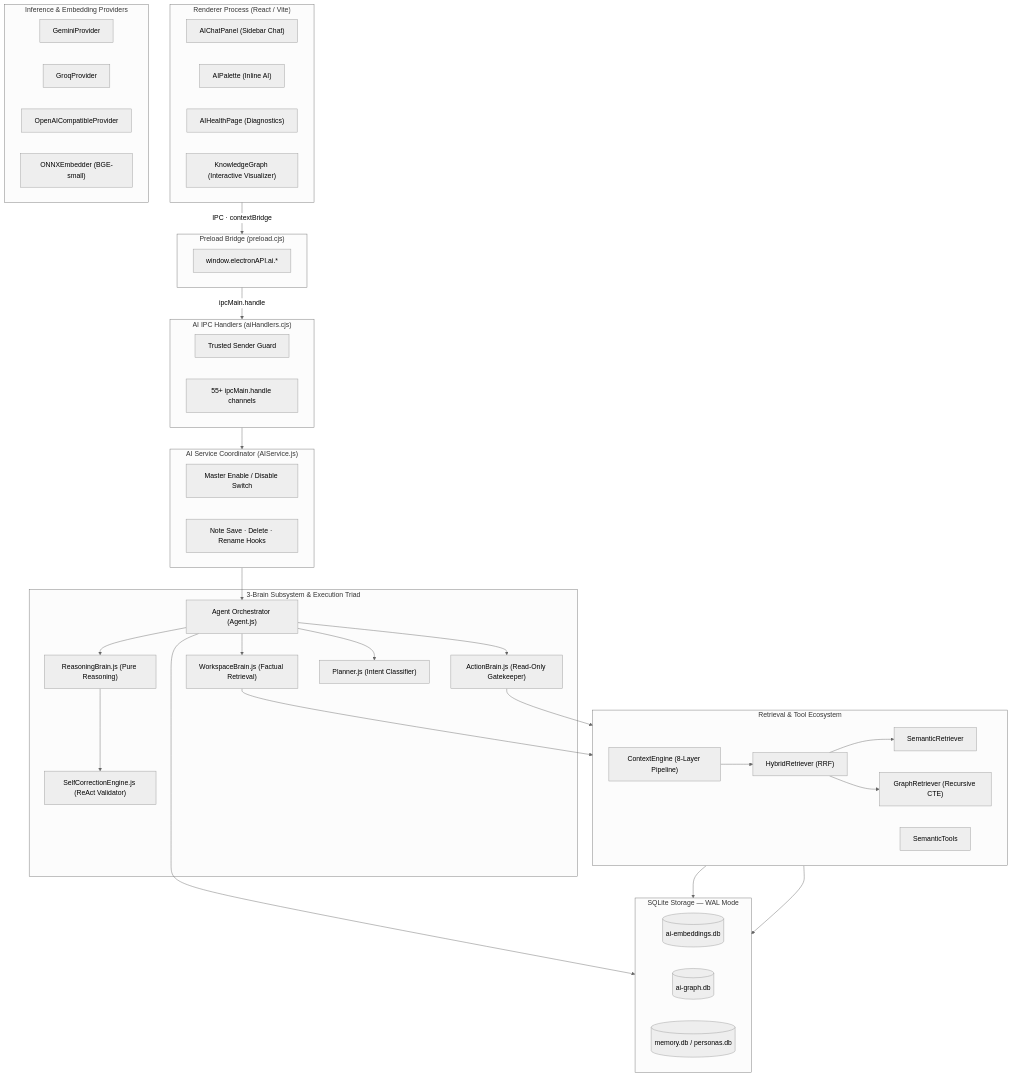
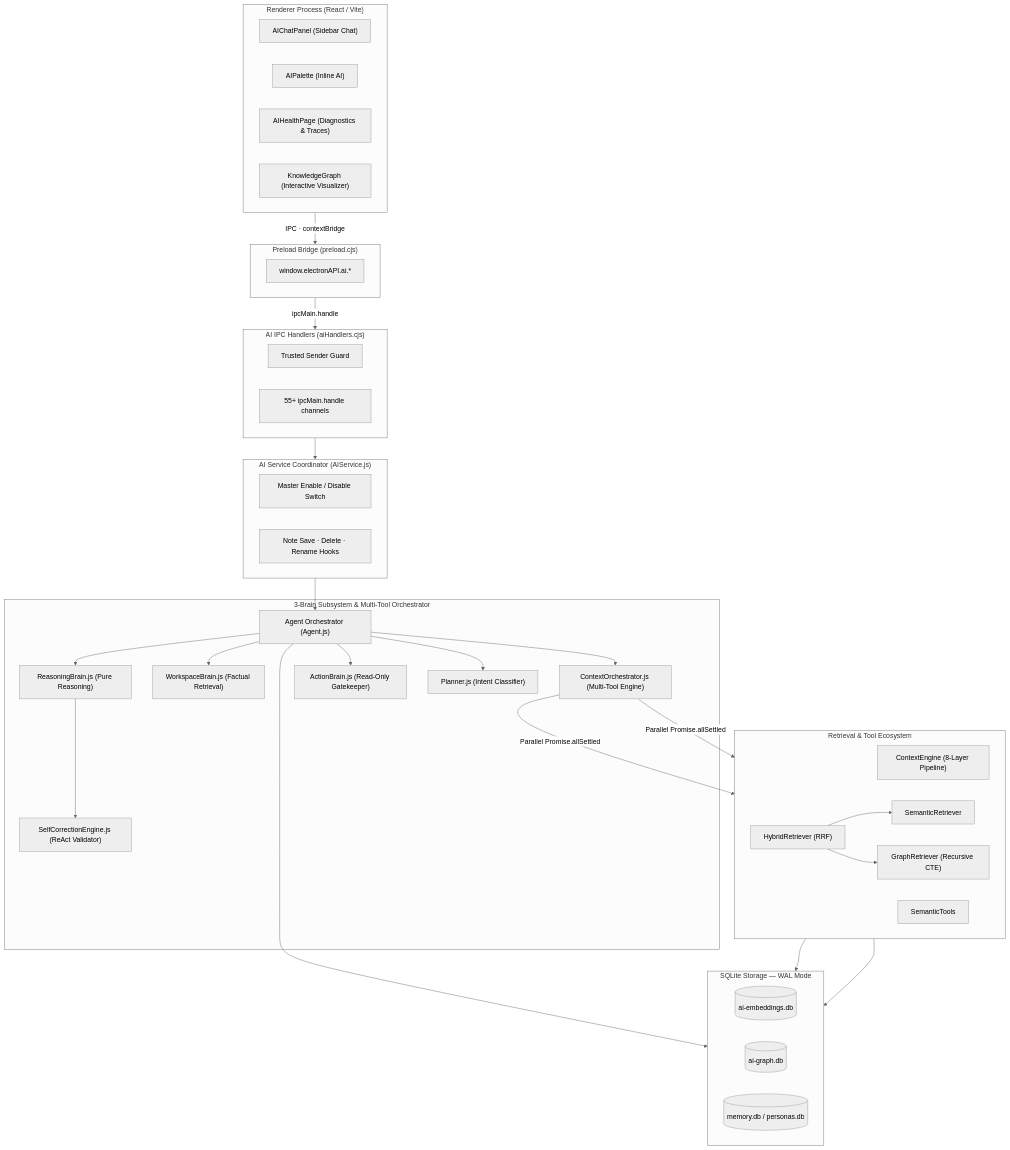
Before and after one commit to WGLabz/Notely: the diagram in docs/ai/architecture.md, drawn with Mermaid (neutral theme). The commit also changed other lines of this file and 9 other files, not shown here.

````diff
--- a/docs/ai/architecture.md
+++ b/docs/ai/architecture.md
@@ -18,66 +18,61 @@
 ```mermaid
 flowchart TD
     subgraph Renderer["Renderer Process (React / Vite)"]
         direction LR
-        AICP["AIChatPanel (Sidebar Chat)"] & AIP["AIPalette (Inline AI)"] & AIH["AIHealthPage (Diagnostics)"] & KGV["KnowledgeGraph (Interactive Visualizer)"]
+        AICP["AIChatPanel (Sidebar Chat)"] & AIP["AIPalette (Inline AI)"] & AIH["AIHealthPage (Diagnostics & Traces)"] & KGV["KnowledgeGraph (Interactive Visualizer)"]
     end
 
     subgraph Preload["Preload Bridge (preload.cjs)"]
         CB["window.electronAPI.ai.*"]
     end
 
     subgraph Handlers["AI IPC Handlers (aiHandlers.cjs)"]
         TRUST["Trusted Sender Guard"]
         CHAN["55+ ipcMain.handle channels"]
     end
 
     subgraph AIService["AI Service Coordinator (AIService.js)"]
         SW["Master Enable / Disable Switch"]
         HOOKS["Note Save · Delete · Rename Hooks"]
     end
 
-    subgraph Core ["3-Brain Subsystem & Execution Triad"]
+    subgraph Core ["3-Brain Subsystem & Multi-Tool Orchestrator"]
         Agent["Agent Orchestrator (Agent.js)"]
+        Orchestrator["ContextOrchestrator.js (Multi-Tool Engine)"]
         WB["WorkspaceBrain.js (Factual Retrieval)"]
         RB["ReasoningBrain.js (Pure Reasoning)"]
         AB["ActionBrain.js (Read-Only Gatekeeper)"]
         PLN["Planner.js (Intent Classifier)"]
         SCE["SelfCorrectionEngine.js (ReAct Validator)"]
     end
 
     subgraph Retrieval ["Retrieval & Tool Ecosystem"]
         direction LR
         CE["ContextEngine (8-Layer Pipeline)"] & HR["HybridRetriever (RRF)"] & SR["SemanticRetriever"] & GR["GraphRetriever (Recursive CTE)"] & ST["SemanticTools"]
     end
 
-    subgraph Providers ["Inference & Embedding Providers"]
-        direction LR
-        GEM["GeminiProvider"] & GRQ["GroqProvider"] & OAI["OpenAICompatibleProvider"] & ONNXE["ONNXEmbedder (BGE-small)"]
-    end
-
     subgraph Storage ["SQLite Storage — WAL Mode"]
         direction LR
         EMBDB[("ai-embeddings.db")] & GRDB[("ai-graph.db")] & MEMDB[("memory.db / personas.db")]
     end
 
     Renderer -->|"IPC · contextBridge"| Preload
     Preload -->|"ipcMain.handle"| Handlers
     Handlers --> AIService
     AIService --> Agent
 
+    Agent --> Orchestrator
     Agent --> WB
     Agent --> RB
     Agent --> AB
     Agent --> PLN
 
-    WB --> CE
-    CE --> HR
+    Orchestrator -->|"Parallel Promise.allSettled"| ST & HR
     HR --> SR & GR
 
     SR --> EMBDB
     GR --> GRDB
     Agent --> MEMDB
     
     RB --> SCE
-    AB --> ST
 ```
````
